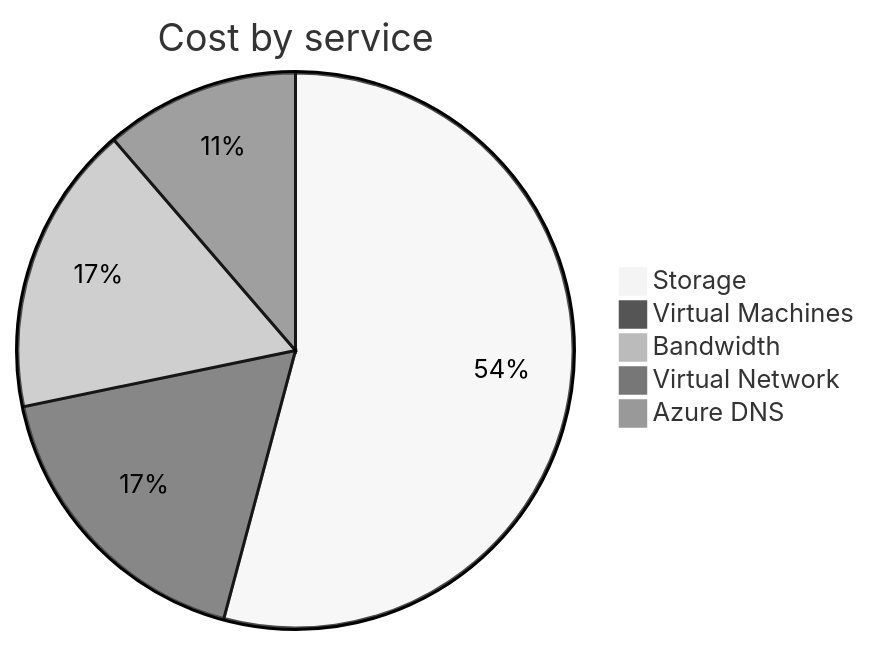
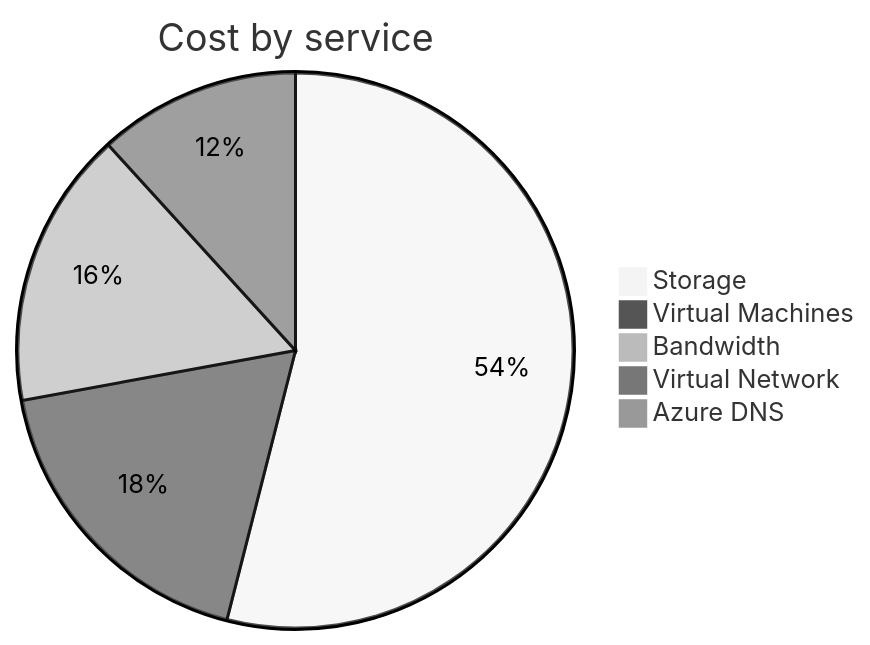
The second of 4 diagrams in cost-reports/personal-network/README.md (jpfulton/azure-personal-reports), drawn with Mermaid (neutral theme) before and after one commit. The commit also changed other lines of this file and 8 other files, not shown here.

````diff
--- a/cost-reports/personal-network/README.md
+++ b/cost-reports/personal-network/README.md
@@ -99,9 +99,9 @@
 ```mermaid
 pie
    title Cost by service
-   "Storage" : 7.94
-   "Virtual Machines" : 2.58
-   "Bandwidth" : 2.48
-   "Virtual Network" : 1.66
-   "Azure DNS" : 0.11
+   "Storage" : 8.77
+   "Virtual Machines" : 2.95
+   "Bandwidth" : 2.62
+   "Virtual Network" : 1.91
+   "Azure DNS" : 0.13
 ```
````
